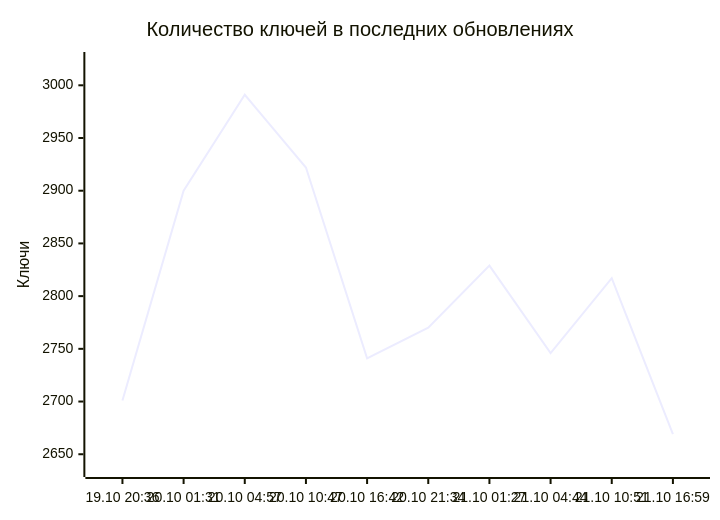
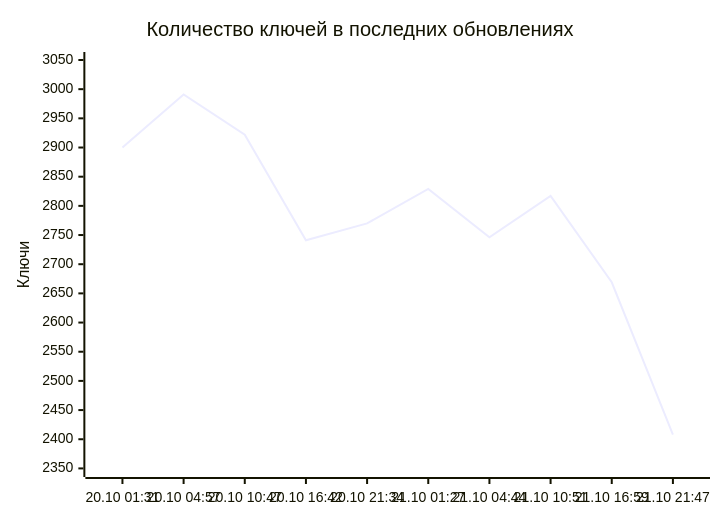
Before and after one commit to markKikhtenko/WireVeil: the diagram in README.md, drawn with Mermaid. The commit also changed other lines of this file and 13 other files, not shown here.

````diff
--- a/README.md
+++ b/README.md
@@ -55,7 +55,7 @@
 ```mermaid
 xychart-beta
     title "Количество ключей в последних обновлениях"
-    x-axis ["19.10 20:36", "20.10 01:31", "20.10 04:57", "20.10 10:47", "20.10 16:42", "20.10 21:34", "21.10 01:27", "21.10 04:44", "21.10 10:51", "21.10 16:59"]
-    y-axis "Ключи" 2636 --> 3024
-    line [2701, 2900, 2991, 2922, 2741, 2770, 2829, 2746, 2817, 2669]
+    x-axis ["20.10 01:31", "20.10 04:57", "20.10 10:47", "20.10 16:42", "20.10 21:34", "21.10 01:27", "21.10 04:44", "21.10 10:51", "21.10 16:59", "21.10 21:47"]
+    y-axis "Ключи" 2349 --> 3050
+    line [2900, 2991, 2922, 2741, 2770, 2829, 2746, 2817, 2669, 2408]
 ```
````
